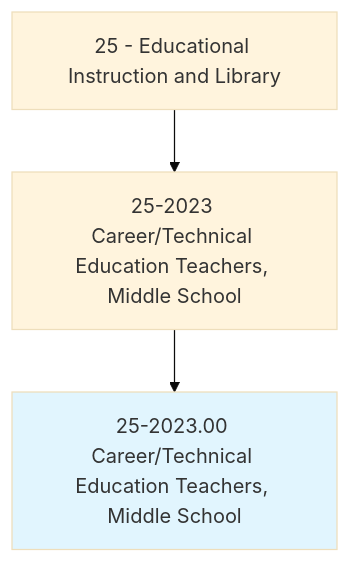
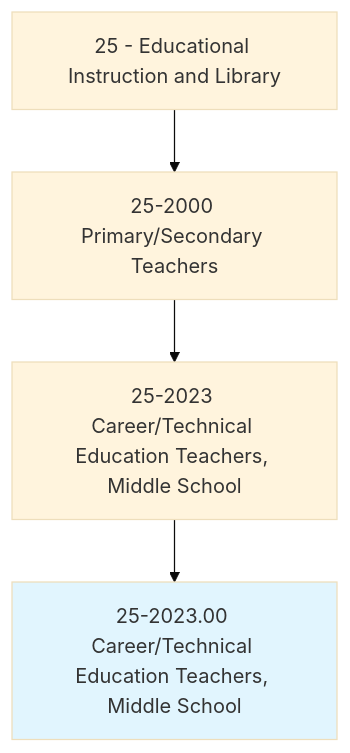
One commit to kziemski/business.org.ai changed the first of 4 diagrams in occupations/Education/CareerTechnicalEducationTeachersMiddleSchool.mdx. Above: the diagram before and after it, drawn with Mermaid (base theme). The commit also changed other lines of this file and 938 other files, not shown here.

````diff
--- a/occupations/Education/CareerTechnicalEducationTeachersMiddleSchool.mdx
+++ b/occupations/Education/CareerTechnicalEducationTeachersMiddleSchool.mdx
@@ -19,6 +23,7 @@
 ```mermaid
 graph TD
-    Cat25["25 - Educational Instruction and Library"] --> Group252023["25-2023 Career/Technical Education Teachers, Middle School"]
+    Cat25["25 - Educational Instruction and Library"] --> Group252["25-2000 Primary/Secondary Teachers"]
+    Group252 --> Group252023["25-2023 Career/Technical Education Teachers, Middle School"]
     Group252023 --> Current["25-2023.00 Career/Technical Education Teachers, Middle School"]
     style Current fill:#e1f5fe
 ```
````
